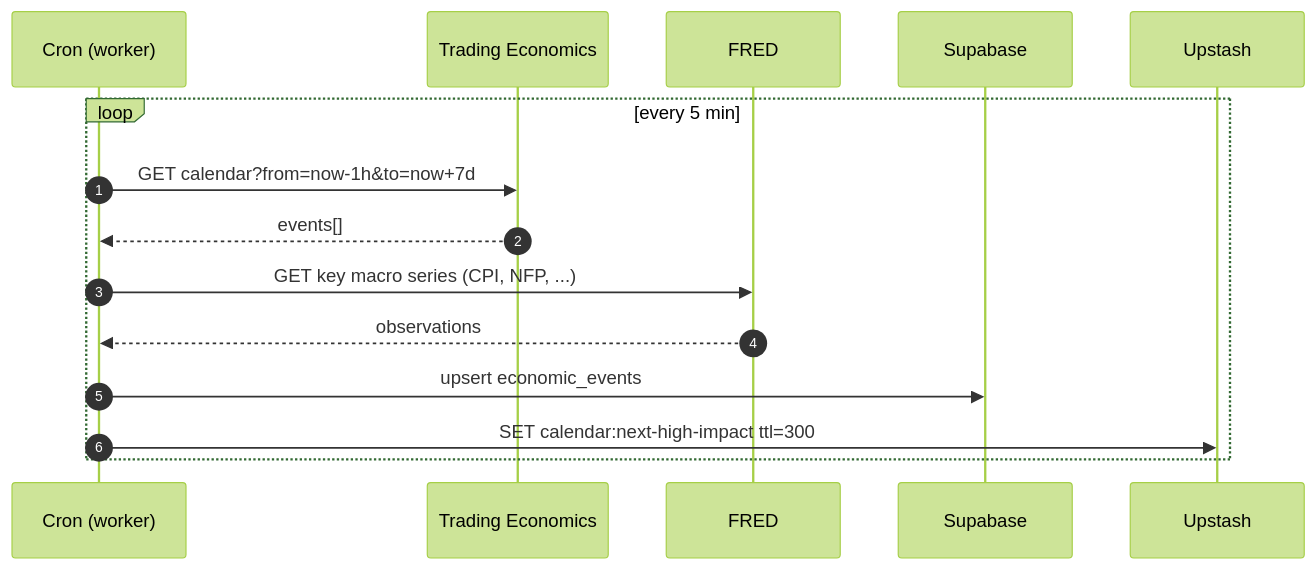
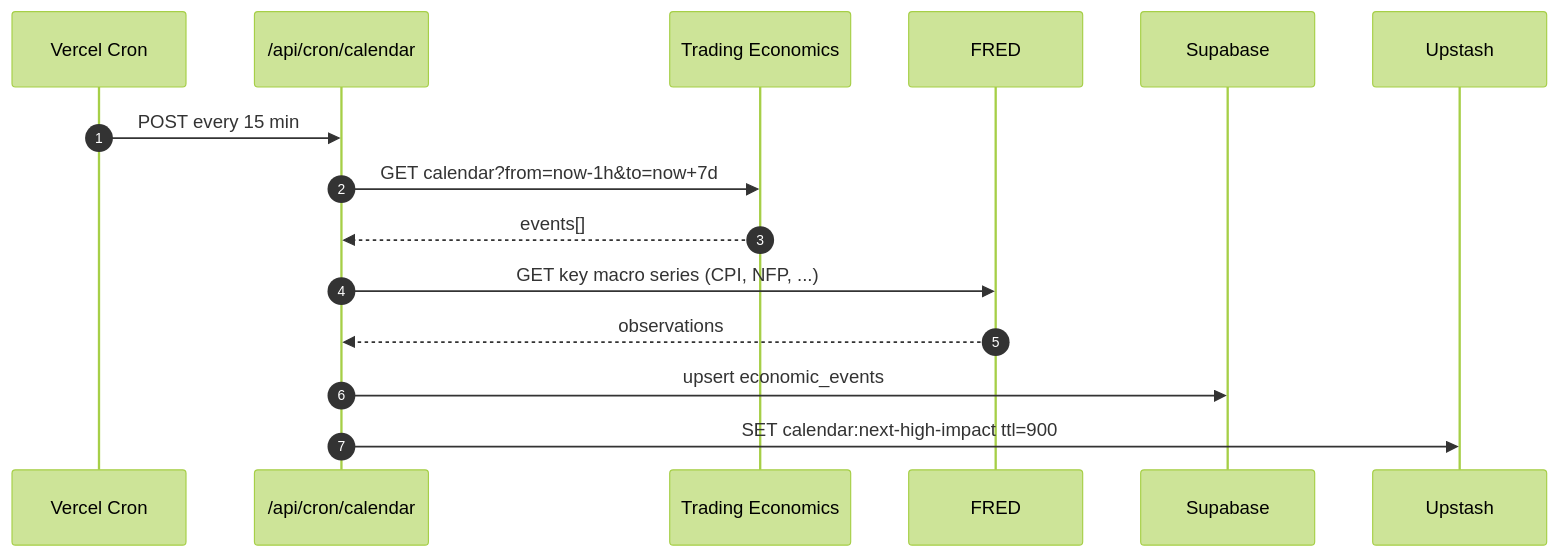
One commit to HamaFx/HamaFX-Ai changed the fourth of 10 diagrams in docs/13-data-flow.md. Above: the diagram before and after it, drawn with Mermaid (forest theme). The commit also changed other lines of this file and 17 other files, not shown here.

````diff
--- a/docs/13-data-flow.md
+++ b/docs/13-data-flow.md
@@ -105,18 +107,18 @@
 ```mermaid
 sequenceDiagram
     autonumber
-    participant C as Cron (worker)
+    participant V as Vercel Cron
+    participant W as /api/cron/calendar
     participant TE as Trading Economics
     participant FRED as FRED
     participant DB as Supabase
     participant R as Upstash
 
-    loop every 5 min
-      C->>TE: GET calendar?from=now-1h&to=now+7d
-      TE-->>C: events[]
-      C->>FRED: GET key macro series (CPI, NFP, ...)
-      FRED-->>C: observations
-      C->>DB: upsert economic_events
-      C->>R: SET calendar:next-high-impact ttl=300
-    end
+    V->>W: POST every 15 min
+    W->>TE: GET calendar?from=now-1h&to=now+7d
+    TE-->>W: events[]
+    W->>FRED: GET key macro series (CPI, NFP, ...)
+    FRED-->>W: observations
+    W->>DB: upsert economic_events
+    W->>R: SET calendar:next-high-impact ttl=900
 ```
````
